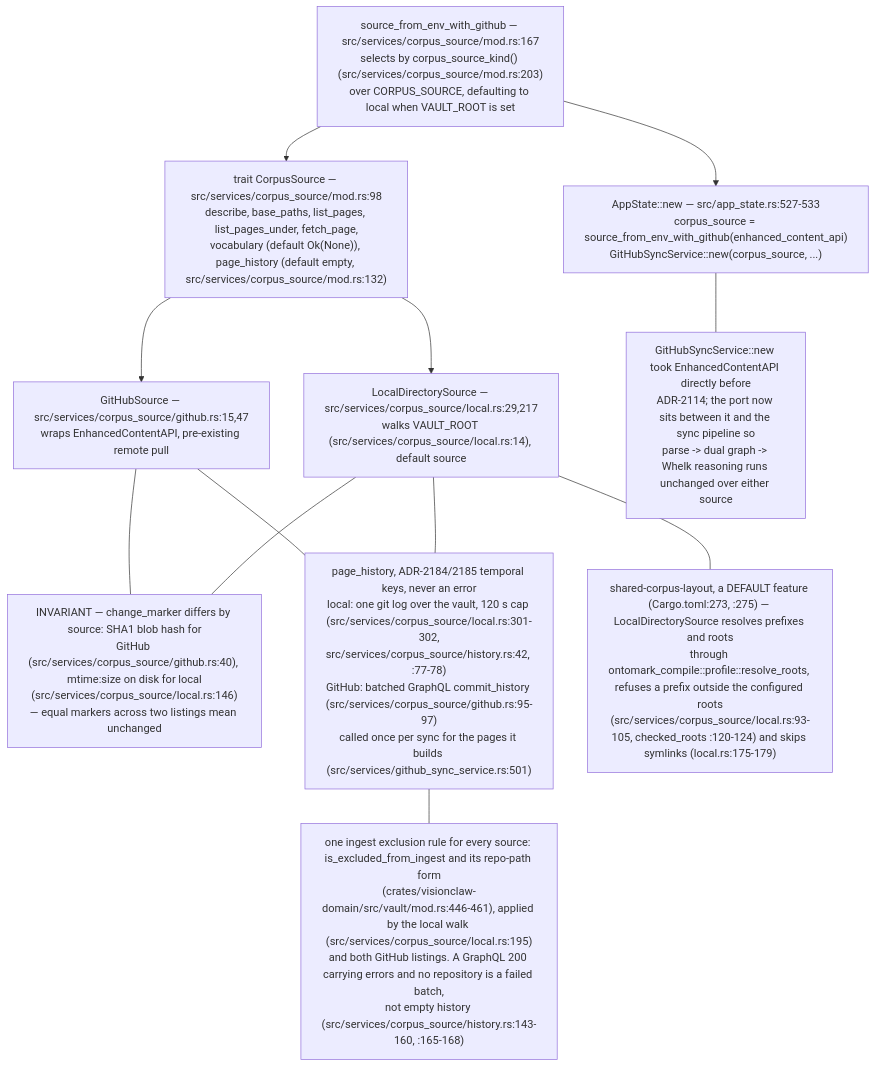
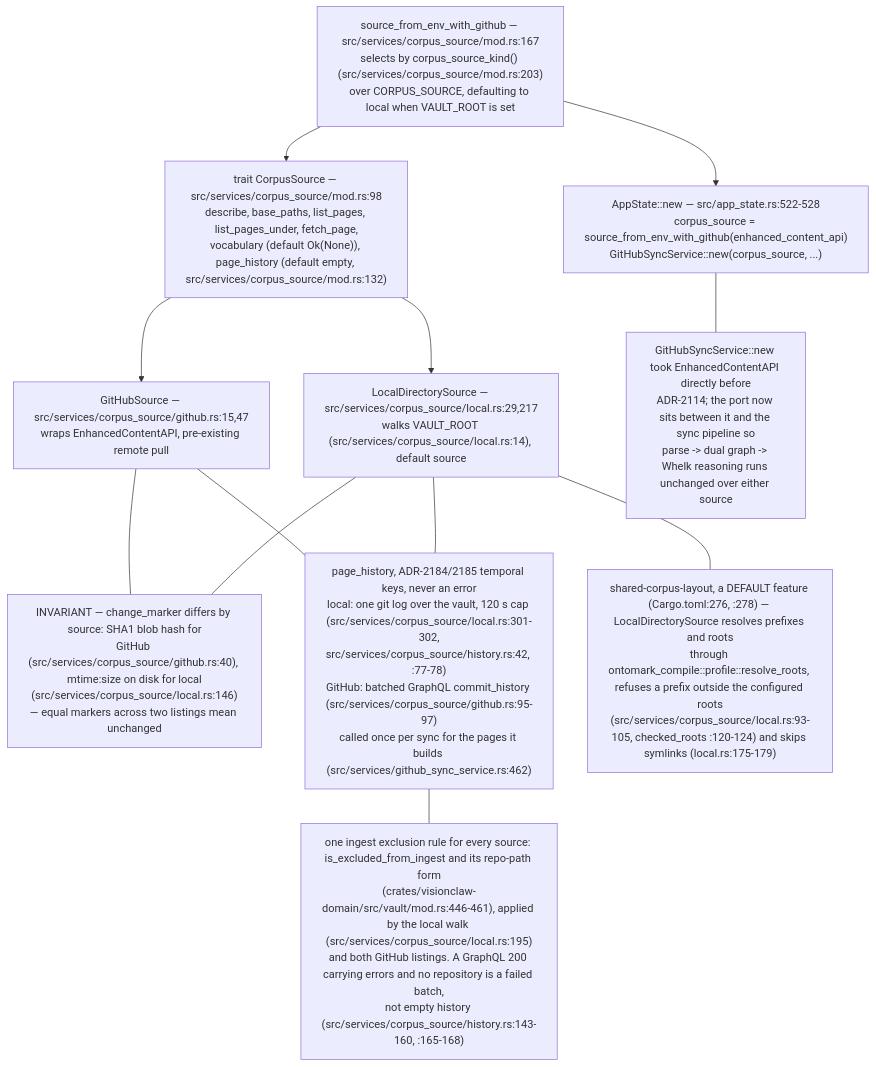
Before and after one commit to DreamLab-AI/VisionFlow: the ninth of 9 diagrams in docs/diagrams/visionclaw/07-hexagonal-ports-and-crates.md, drawn with Mermaid. The commit also changed other lines of this file and 7 other files, not shown here.

````diff
--- a/docs/diagrams/visionclaw/07-hexagonal-ports-and-crates.md
+++ b/docs/diagrams/visionclaw/07-hexagonal-ports-and-crates.md
@@ -390,22 +389,22 @@
 ```mermaid
 flowchart TB
     T["trait CorpusSource — src/services/corpus_source/mod.rs:98<br/>describe, base_paths, list_pages, list_pages_under, fetch_page,<br/>vocabulary (default Ok(None)), page_history (default empty, src/services/corpus_source/mod.rs:132)"]
     T --> L["LocalDirectorySource — src/services/corpus_source/local.rs:29,217<br/>walks VAULT_ROOT (src/services/corpus_source/local.rs:14), default source"]
     T --> G["GitHubSource — src/services/corpus_source/github.rs:15,47<br/>wraps EnhancedContentAPI, pre-existing remote pull"]
     B["source_from_env_with_github — src/services/corpus_source/mod.rs:167<br/>selects by corpus_source_kind() (src/services/corpus_source/mod.rs:203)<br/>over CORPUS_SOURCE, defaulting to local when VAULT_ROOT is set"]
     B --> T
-    AS["AppState::new — src/app_state.rs:527-533<br/>corpus_source = source_from_env_with_github(enhanced_content_api)<br/>GitHubSyncService::new(corpus_source, ...)"]
+    AS["AppState::new — src/app_state.rs:522-528<br/>corpus_source = source_from_env_with_github(enhanced_content_api)<br/>GitHubSyncService::new(corpus_source, ...)"]
     B --> AS
     N1["INVARIANT — change_marker differs by source: SHA1 blob hash for<br/>GitHub (src/services/corpus_source/github.rs:40), mtime:size on disk for local<br/>(src/services/corpus_source/local.rs:146)<br/>— equal markers across two listings mean unchanged"]
     L --- N1
     G --- N1
     N2["GitHubSyncService::new took EnhancedContentAPI directly before<br/>ADR-2114; the port now sits between it and the sync pipeline so<br/>parse -> dual graph -> Whelk reasoning runs unchanged over either source"]
     AS --- N2
-    H["page_history, ADR-2184/2185 temporal keys, never an error<br/>local: one git log over the vault, 120 s cap (src/services/corpus_source/local.rs:301-302,<br/>src/services/corpus_source/history.rs:42, :77-78)<br/>GitHub: batched GraphQL commit_history (src/services/corpus_source/github.rs:95-97)<br/>called once per sync for the pages it builds (src/services/github_sync_service.rs:501)"]
+    H["page_history, ADR-2184/2185 temporal keys, never an error<br/>local: one git log over the vault, 120 s cap (src/services/corpus_source/local.rs:301-302,<br/>src/services/corpus_source/history.rs:42, :77-78)<br/>GitHub: batched GraphQL commit_history (src/services/corpus_source/github.rs:95-97)<br/>called once per sync for the pages it builds (src/services/github_sync_service.rs:462)"]
     L --- H
     G --- H
-    N3["shared-corpus-layout, a DEFAULT feature (Cargo.toml:273, :275) — LocalDirectorySource resolves prefixes and roots<br/>through ontomark_compile::profile::resolve_roots, refuses a prefix outside the configured roots<br/>(src/services/corpus_source/local.rs:93-105, checked_roots :120-124) and skips symlinks (local.rs:175-179)"]
+    N3["shared-corpus-layout, a DEFAULT feature (Cargo.toml:276, :278) — LocalDirectorySource resolves prefixes and roots<br/>through ontomark_compile::profile::resolve_roots, refuses a prefix outside the configured roots<br/>(src/services/corpus_source/local.rs:93-105, checked_roots :120-124) and skips symlinks (local.rs:175-179)"]
     L --- N3
     N4["one ingest exclusion rule for every source: is_excluded_from_ingest and its repo-path form<br/>(crates/visionclaw-domain/src/vault/mod.rs:446-461), applied by the local walk (src/services/corpus_source/local.rs:195)<br/>and both GitHub listings. A GraphQL 200 carrying errors and no repository is a failed batch,<br/>not empty history (src/services/corpus_source/history.rs:143-160, :165-168)"]
     H --- N4
 ```
````
